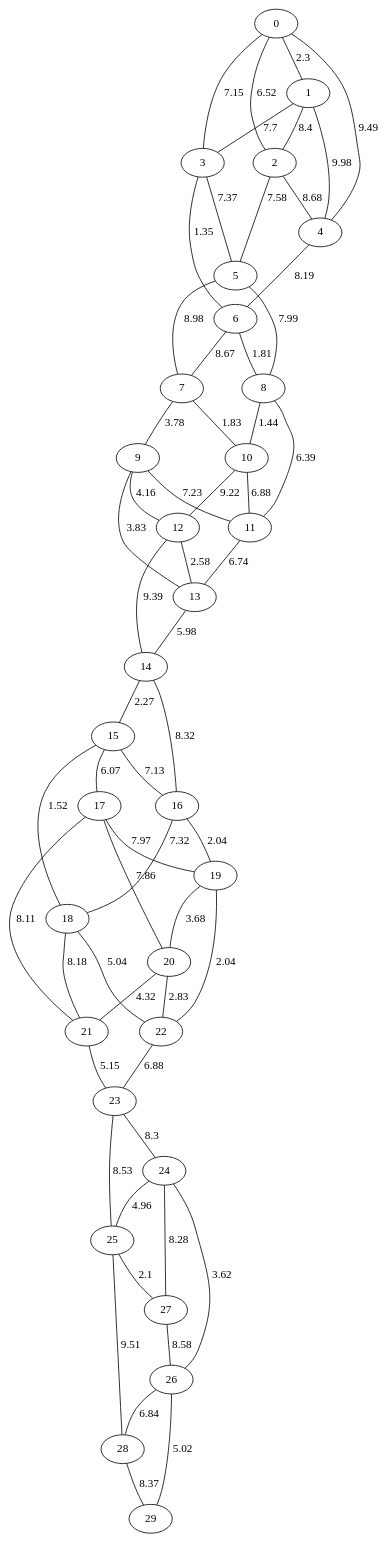
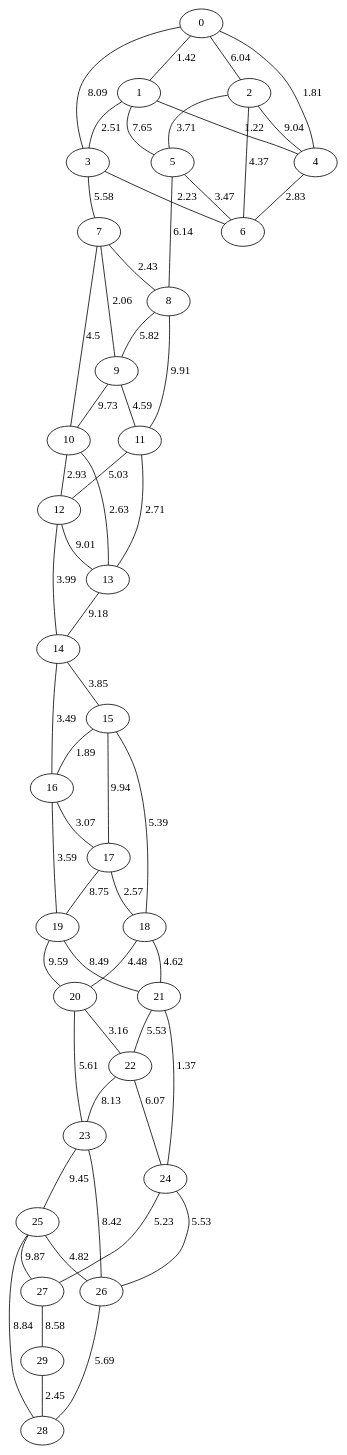
Before and after one commit to amorac4/DAA24: the diagram in Proyecto 3/ejemplos_grafo_dijkstra/grafo_Barabási-Albert_30.gv, drawn with Graphviz. The commit also changed 61 other files, not shown here.

```diff
--- a/Proyecto 3/ejemplos_grafo_dijkstra/grafo_Barabási-Albert_30.gv
+++ b/Proyecto 3/ejemplos_grafo_dijkstra/grafo_Barabási-Albert_30.gv
@@ -1,90 +1,90 @@
 graph G {
 "0";
 "1";
 "2";
 "3";
 "4";
 "5";
 "6";
 "7";
 "8";
 "9";
 "10";
 "11";
 "12";
 "13";
 "14";
 "15";
 "16";
 "17";
 "18";
 "19";
 "20";
 "21";
 "22";
 "23";
 "24";
 "25";
 "26";
 "27";
 "28";
 "29";
-    "1" -- "3"[label="7.7", len="7.7"];
-    "10" -- "11"[label="6.88", len="6.88"];
-    "18" -- "22"[label="5.04", len="5.04"];
-    "22" -- "23"[label="6.88", len="6.88"];
-    "28" -- "29"[label="8.37", len="8.37"];
-    "0" -- "2"[label="6.52", len="6.52"];
-    "24" -- "26"[label="3.62", len="3.62"];
-    "17" -- "20"[label="7.86", len="7.86"];
-    "26" -- "28"[label="6.84", len="6.84"];
-    "25" -- "27"[label="2.1", len="2.1"];
-    "19" -- "22"[label="2.04", len="2.04"];
-    "2" -- "5"[label="7.58", len="7.58"];
-    "0" -- "3"[label="7.15", len="7.15"];
-    "5" -- "8"[label="7.99", len="7.99"];
-    "1" -- "2"[label="8.4", len="8.4"];
-    "6" -- "7"[label="8.67", len="8.67"];
-    "12" -- "13"[label="2.58", len="2.58"];
-    "20" -- "21"[label="4.32", len="4.32"];
-    "24" -- "27"[label="8.28", len="8.28"];
-    "26" -- "29"[label="5.02", len="5.02"];
-    "8" -- "10"[label="1.44", len="1.44"];
-    "10" -- "12"[label="9.22", len="9.22"];
-    "9" -- "11"[label="7.23", len="7.23"];
-    "3" -- "6"[label="1.35", len="1.35"];
-    "0" -- "4"[label="9.49", len="9.49"];
-    "7" -- "10"[label="1.83", len="1.83"];
-    "15" -- "18"[label="1.52", len="1.52"];
-    "16" -- "18"[label="7.32", len="7.32"];
-    "11" -- "13"[label="6.74", len="6.74"];
-    "23" -- "25"[label="8.53", len="8.53"];
-    "17" -- "19"[label="7.97", len="7.97"];
-    "12" -- "14"[label="9.39", len="9.39"];
-    "20" -- "22"[label="2.83", len="2.83"];
-    "8" -- "11"[label="6.39", len="6.39"];
-    "21" -- "23"[label="5.15", len="5.15"];
-    "1" -- "4"[label="9.98", len="9.98"];
-    "14" -- "15"[label="2.27", len="2.27"];
-    "16" -- "19"[label="2.04", len="2.04"];
-    "18" -- "21"[label="8.18", len="8.18"];
-    "19" -- "20"[label="3.68", len="3.68"];
-    "23" -- "24"[label="8.3", len="8.3"];
-    "25" -- "28"[label="9.51", len="9.51"];
-    "7" -- "9"[label="3.78", len="3.78"];
-    "0" -- "1"[label="2.3", len="2.3"];
-    "3" -- "5"[label="7.37", len="7.37"];
-    "9" -- "13"[label="3.83", len="3.83"];
-    "15" -- "17"[label="6.07", len="6.07"];
-    "27" -- "26"[label="8.58", len="8.58"];
-    "4" -- "6"[label="8.19", len="8.19"];
-    "6" -- "8"[label="1.81", len="1.81"];
-    "14" -- "16"[label="8.32", len="8.32"];
-    "13" -- "14"[label="5.98", len="5.98"];
-    "5" -- "7"[label="8.98", len="8.98"];
-    "24" -- "25"[label="4.96", len="4.96"];
-    "17" -- "21"[label="8.11", len="8.11"];
-    "15" -- "16"[label="7.13", len="7.13"];
-    "2" -- "4"[label="8.68", len="8.68"];
-    "9" -- "12"[label="4.16", len="4.16"];
+    "1" -- "3"[label="2.51", len="2.51"];
+    "22" -- "23"[label="8.13", len="8.13"];
+    "5" -- "6"[label="3.47", len="3.47"];
+    "0" -- "2"[label="6.04", len="6.04"];
+    "29" -- "28"[label="2.45", len="2.45"];
+    "24" -- "26"[label="5.53", len="5.53"];
+    "26" -- "28"[label="5.69", len="5.69"];
+    "8" -- "9"[label="5.82", len="5.82"];
+    "15" -- "16"[label="1.89", len="1.89"];
+    "25" -- "27"[label="9.87", len="9.87"];
+    "23" -- "26"[label="8.42", len="8.42"];
+    "3" -- "7"[label="5.58", len="5.58"];
+    "2" -- "5"[label="3.71", len="3.71"];
+    "0" -- "3"[label="8.09", len="8.09"];
+    "5" -- "8"[label="6.14", len="6.14"];
+    "27" -- "29"[label="8.58", len="8.58"];
+    "16" -- "17"[label="3.07", len="3.07"];
+    "12" -- "13"[label="9.01", len="9.01"];
+    "24" -- "27"[label="5.23", len="5.23"];
+    "10" -- "12"[label="2.93", len="2.93"];
+    "25" -- "26"[label="4.82", len="4.82"];
+    "1" -- "5"[label="7.65", len="7.65"];
+    "9" -- "11"[label="4.59", len="4.59"];
+    "3" -- "6"[label="2.23", len="2.23"];
+    "0" -- "4"[label="1.81", len="1.81"];
+    "7" -- "10"[label="4.5", len="4.5"];
+    "15" -- "18"[label="5.39", len="5.39"];
+    "18" -- "20"[label="4.48", len="4.48"];
+    "11" -- "13"[label="2.71", len="2.71"];
+    "19" -- "21"[label="8.49", len="8.49"];
+    "23" -- "25"[label="9.45", len="9.45"];
+    "2" -- "6"[label="4.37", len="4.37"];
+    "17" -- "19"[label="8.75", len="8.75"];
+    "12" -- "14"[label="3.99", len="3.99"];
+    "20" -- "22"[label="3.16", len="3.16"];
+    "22" -- "24"[label="6.07", len="6.07"];
+    "8" -- "11"[label="9.91", len="9.91"];
+    "10" -- "13"[label="2.63", len="2.63"];
+    "1" -- "4"[label="1.22", len="1.22"];
+    "9" -- "10"[label="9.73", len="9.73"];
+    "14" -- "15"[label="3.85", len="3.85"];
+    "16" -- "19"[label="3.59", len="3.59"];
+    "18" -- "21"[label="4.62", len="4.62"];
+    "11" -- "12"[label="5.03", len="5.03"];
+    "19" -- "20"[label="9.59", len="9.59"];
+    "25" -- "28"[label="8.84", len="8.84"];
+    "7" -- "9"[label="2.06", len="2.06"];
+    "0" -- "1"[label="1.42", len="1.42"];
+    "15" -- "17"[label="9.94", len="9.94"];
+    "17" -- "18"[label="2.57", len="2.57"];
+    "20" -- "23"[label="5.61", len="5.61"];
+    "4" -- "6"[label="2.83", len="2.83"];
+    "14" -- "16"[label="3.49", len="3.49"];
+    "13" -- "14"[label="9.18", len="9.18"];
+    "21" -- "22"[label="5.53", len="5.53"];
+    "7" -- "8"[label="2.43", len="2.43"];
+    "2" -- "4"[label="9.04", len="9.04"];
+    "21" -- "24"[label="1.37", len="1.37"];
 }
```
